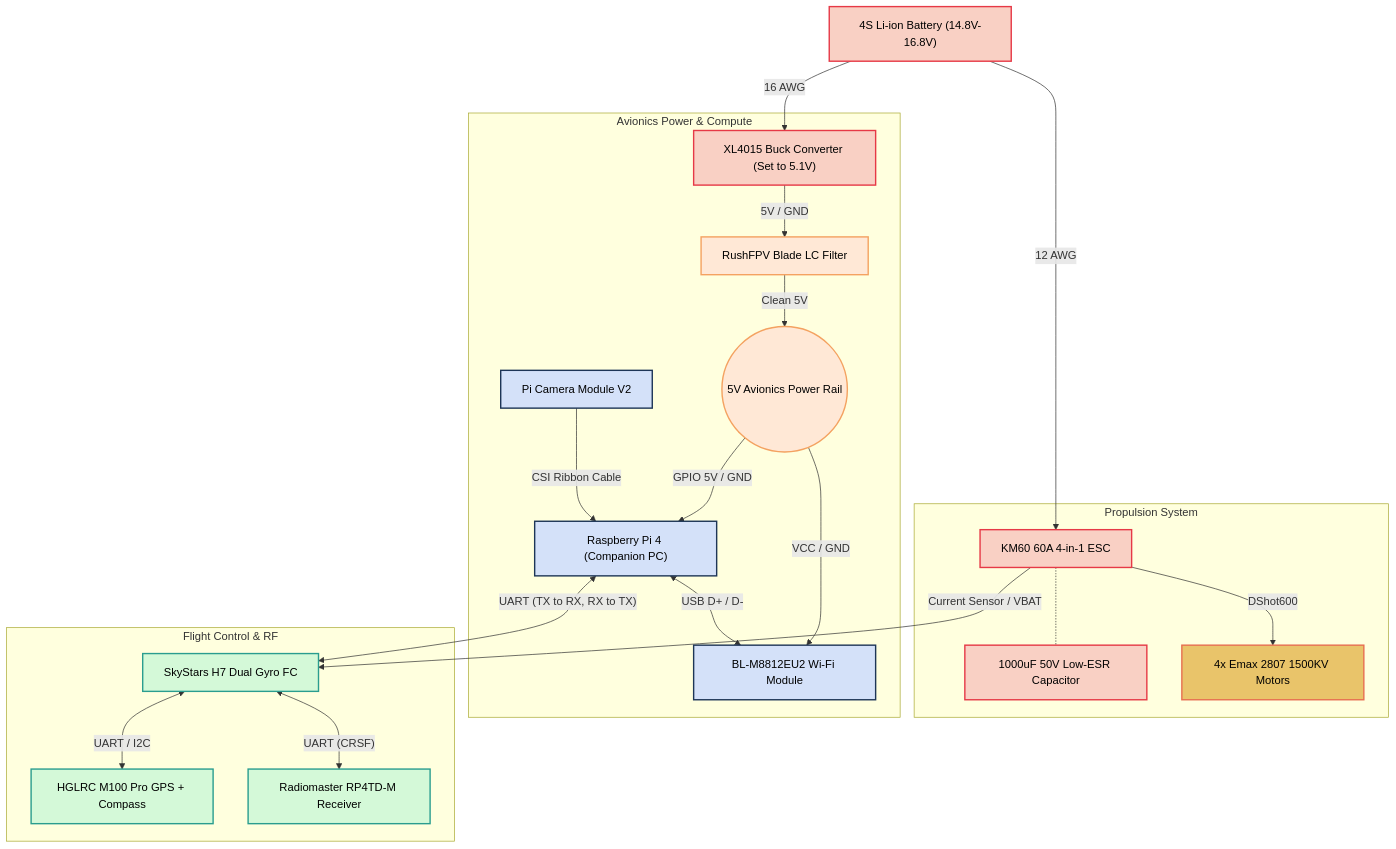
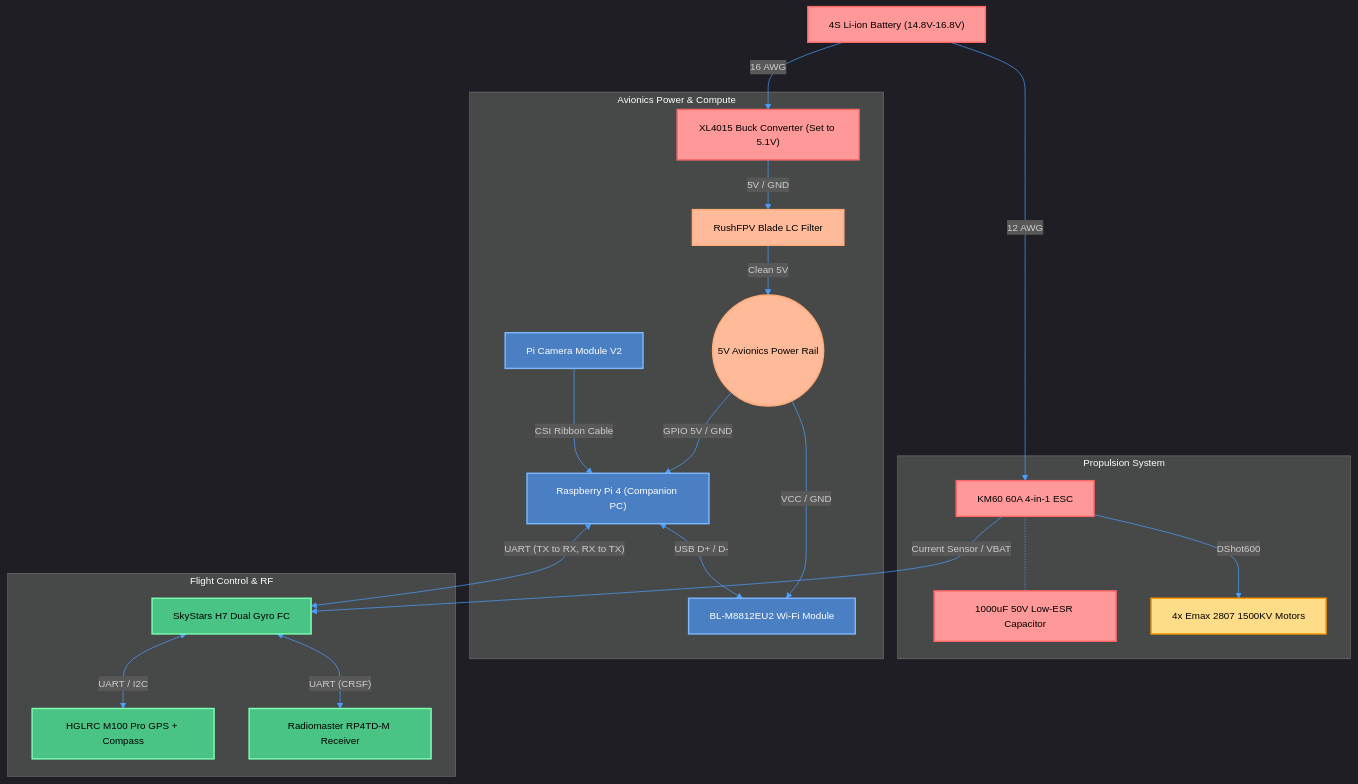
One commit to ironLegion88/Autonomous-UAV changed the diagram in docs/Architecture_Diagrams/electrical_wiring_schematic.md. Above: the diagram before and after it, drawn with Mermaid. The commit also changed 10 other files, not shown here.

Commit message:
docs: Improve Mermaid theming contrast

````diff
--- a/docs/Architecture_Diagrams/electrical_wiring_schematic.md
+++ b/docs/Architecture_Diagrams/electrical_wiring_schematic.md
@@ -1,63 +1,64 @@
 ```mermaid
+%%{init: {'theme': 'dark', 'themeVariables': {'fontSize': '14px', 'primaryColor': '#1e1e1e', 'primaryTextColor': '#ffffff', 'primaryBorderColor': '#4a9eff', 'lineColor': '#4a9eff'}, 'flowchart': {'useMaxWidth': true}}}%%
 flowchart TD
     %% Define Styles
-    classDef power_high fill:#f9d0c4,stroke:#e63946,stroke-width:2px,color:#000
-    classDef power_low fill:#ffe8d6,stroke:#f4a261,stroke-width:2px,color:#000
-    classDef avionics fill:#d4e1f9,stroke:#1d3557,stroke-width:2px,color:#000
-    classDef flight fill:#d4f9d8,stroke:#2a9d8f,stroke-width:2px,color:#000
-    classDef actuator fill:#e9c46a,stroke:#e76f51,stroke-width:2px,color:#000
+    classDef power_high fill:#ff9999,stroke:#ff6666,stroke-width:2px,color:#000000
+    classDef power_low fill:#ffbb99,stroke:#ffaa77,stroke-width:2px,color:#000000
+    classDef avionics fill:#4a7fc4,stroke:#7cb9ff,stroke-width:2px,color:#ffffff
+    classDef flight fill:#4ac485,stroke:#7cffb3,stroke-width:2px,color:#000000
+    classDef actuator fill:#ffdd88,stroke:#ff9900,stroke-width:2px,color:#000000
 
     %% Main Power Source
     BAT["4S Li-ion Battery (14.8V-16.8V)"]:::power_high
 
     %% Splitting the Main Power
     BAT -->|12 AWG| ESC_P["KM60 60A 4-in-1 ESC"]:::power_high
     BAT -->|16 AWG| BUCK["XL4015 Buck Converter (Set to 5.1V)"]:::power_high
     
     %% ESC Decoupling
     CAP["1000uF 50V Low-ESR Capacitor"]:::power_high
     ESC_P -.- CAP
 
     %% Avionics Power Regulation (5V Rail)
     BUCK -->|5V / GND| FILTER["RushFPV Blade LC Filter"]:::power_low
     FILTER -->|Clean 5V| PI_RAIL(("5V Avionics Power Rail")):::power_low
 
     %% Avionics Power Distribution
     PI_RAIL -->|GPIO 5V / GND| PI["Raspberry Pi 4 (Companion PC)"]:::avionics
     PI_RAIL -->|VCC / GND| WIFI["BL-M8812EU2 Wi-Fi Module"]:::avionics
 
     %% Flight Controller Power & DShot
     ESC_P -->|Current Sensor / VBAT| FC["SkyStars H7 Dual Gyro FC"]:::flight
     ESC_P -->|DShot600| MOTORS["4x Emax 2807 1500KV Motors"]:::actuator
 
     %% Peripheral Data Routing
     FC <-->|UART / I2C| GPS["HGLRC M100 Pro GPS + Compass"]:::flight
     FC <-->|UART #40;CRSF#41;| ELRS["Radiomaster RP4TD-M Receiver"]:::flight
     PI <-->|UART #40;TX to RX, RX to TX#41;| FC
     
     %% Camera & Wi-Fi Data
     CAM["Pi Camera Module V2"]:::avionics -->|CSI Ribbon Cable| PI
     PI <-->|USB D+ / D-| WIFI
 
     %% Subgraphs for visual grouping
     subgraph Propulsion System
         ESC_P
         CAP
         MOTORS
     end
 
     subgraph Avionics Power & Compute
         BUCK
         FILTER
         PI_RAIL
         PI
         WIFI
         CAM
     end
 
     subgraph Flight Control & RF
         FC
         GPS
         ELRS
     end
 ```
````
